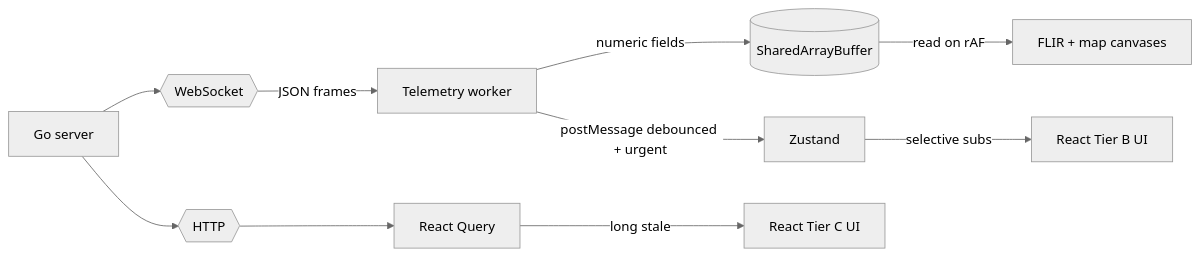
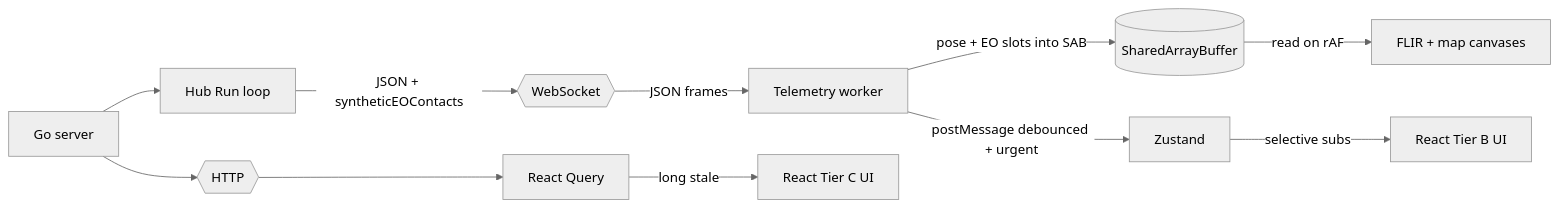
The first of 4 diagrams in docs/ARCHITECTURE.md (AvantOpsIO/drone-c2), drawn with Mermaid (neutral theme) before and after one commit. The commit also changed other lines of this file and 1 other file, not shown here.

Commit message:
docs: note hub synthetic EO contacts, SAB slots, FLIR copy-only path
Made-with: Cursor

````diff
--- a/docs/ARCHITECTURE.md
+++ b/docs/ARCHITECTURE.md
@@ -9,15 +9,17 @@
 ```mermaid
 flowchart LR
   Go[Go server]
+  Hub[Hub Run loop]
   WS{{WebSocket}}
   HTTP{{HTTP}}
-  Go --> WS
+  Go --> Hub
+  Hub -->|JSON + syntheticEOContacts| WS
   Go --> HTTP
   WS -->|JSON frames| Worker[Telemetry worker]
-  Worker -->|numeric fields| SAB[(SharedArrayBuffer)]
+  Worker -->|pose + EO slots into SAB| SAB[(SharedArrayBuffer)]
   Worker -->|postMessage debounced + urgent| Zus[Zustand]
   SAB -->|read on rAF| Canv[FLIR + map canvases]
   Zus -->|selective subs| ReactB[React Tier B UI]
   HTTP --> RQ[React Query]
   RQ -->|long stale| ReactC[React Tier C UI]
 ```
````
